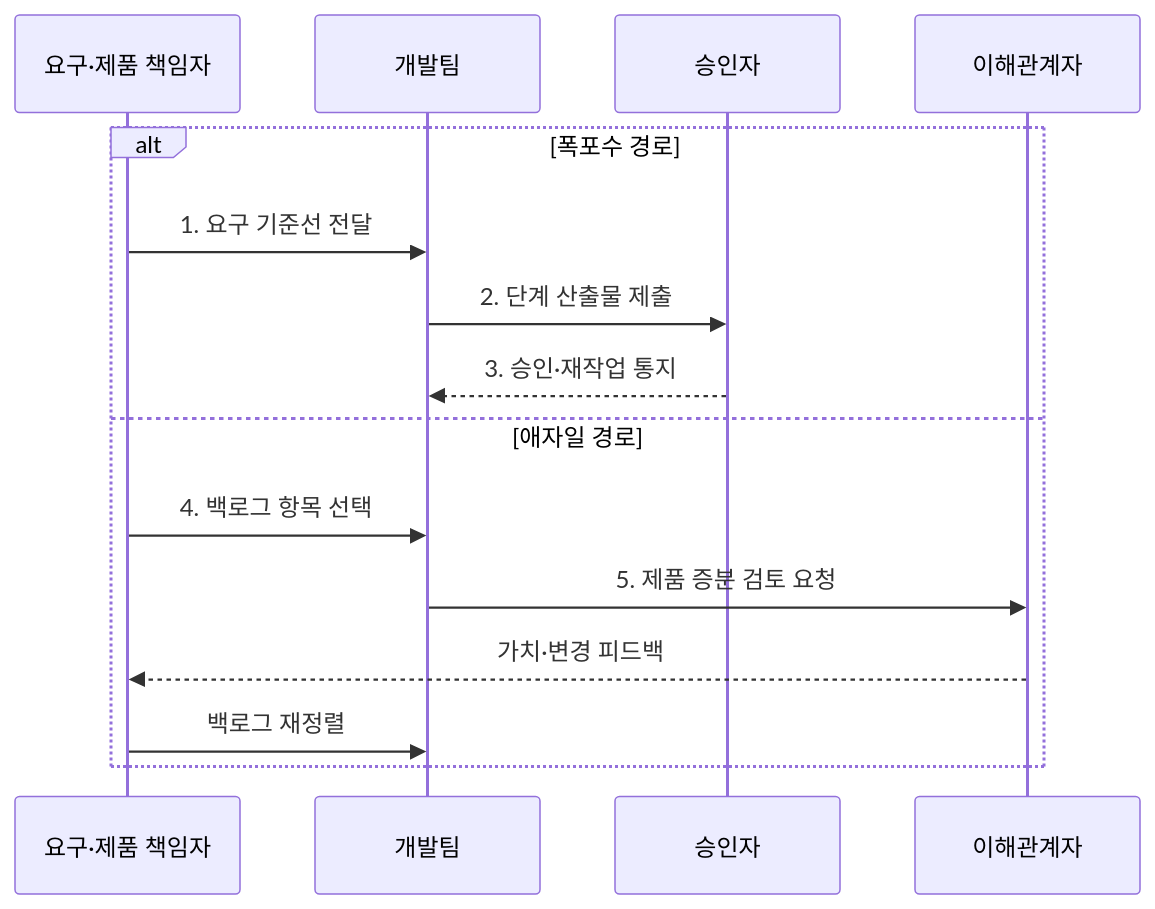
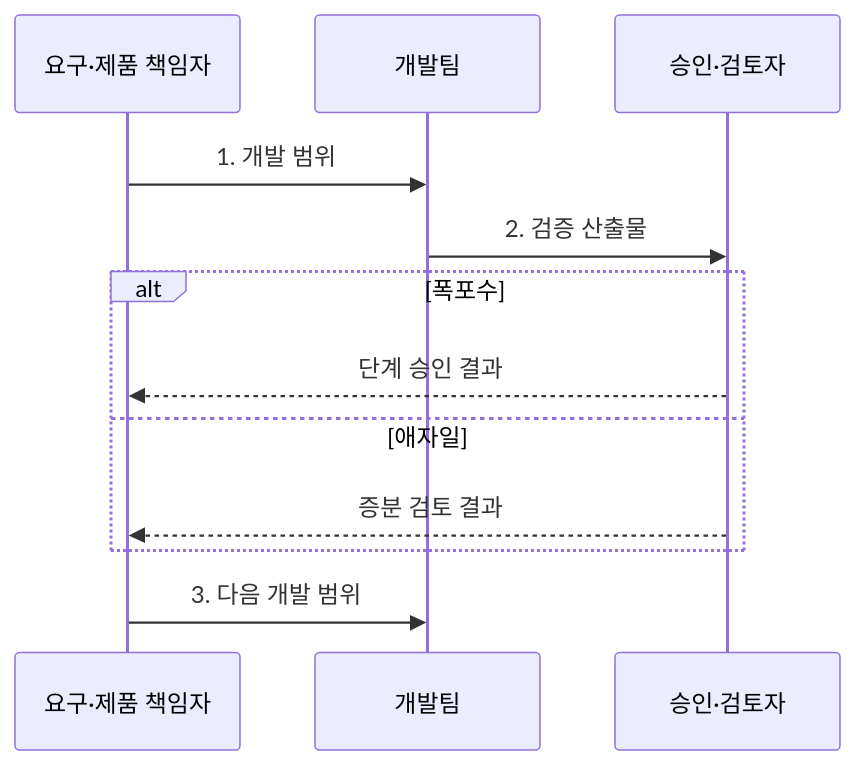
Before and after one commit to agnusdei1207/knowledge-base: the second of 2 diagrams in src/content/docs/notes/03-software/031_waterfall_vs_agile.md, drawn with Mermaid. The commit also changed other lines of this file and 20 other files, not shown here.

````diff
--- a/src/content/docs/notes/03-software/031_waterfall_vs_agile.md
+++ b/src/content/docs/notes/03-software/031_waterfall_vs_agile.md
@@ -84,17 +87,14 @@
 ```mermaid
 sequenceDiagram
     participant O as 요구·제품 책임자
     participant D as 개발팀
-    participant A as 승인자
-    participant S as 이해관계자
-    alt 폭포수 경로
-        O->>D: 1. 요구 기준선 전달
-        D->>A: 2. 단계 산출물 제출
-        A-->>D: 3. 승인·재작업 통지
-    else 애자일 경로
-        O->>D: 4. 백로그 항목 선택
-        D->>S: 5. 제품 증분 검토 요청
-        S-->>O: 가치·변경 피드백
-        O->>D: 백로그 재정렬
+    participant R as 승인·검토자
+    O->>D: 1. 개발 범위
+    D->>R: 2. 검증 산출물
+    alt 폭포수
+        R-->>O: 단계 승인 결과
+    else 애자일
+        R-->>O: 증분 검토 결과
     end
+    O->>D: 3. 다음 개발 범위
 ```
````
